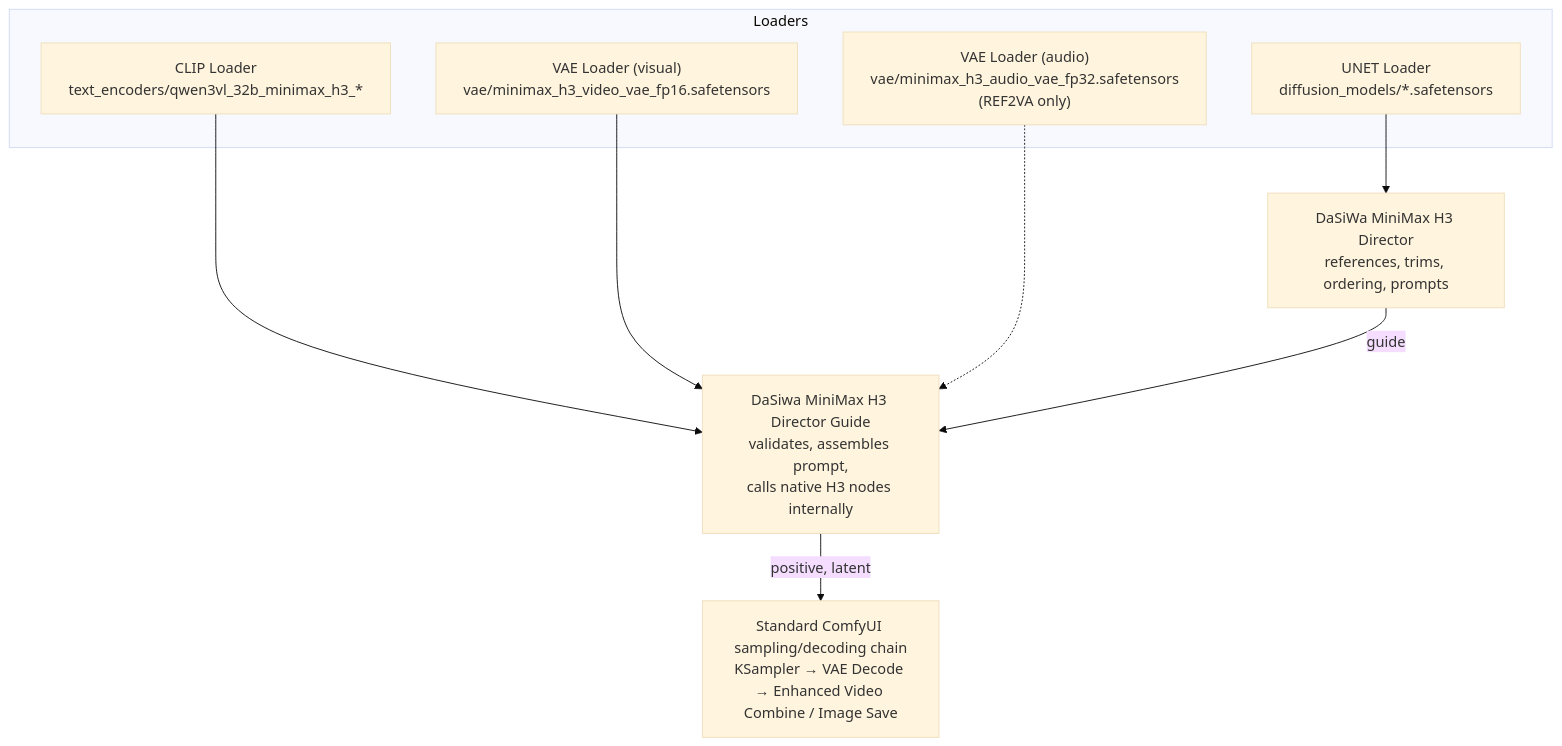
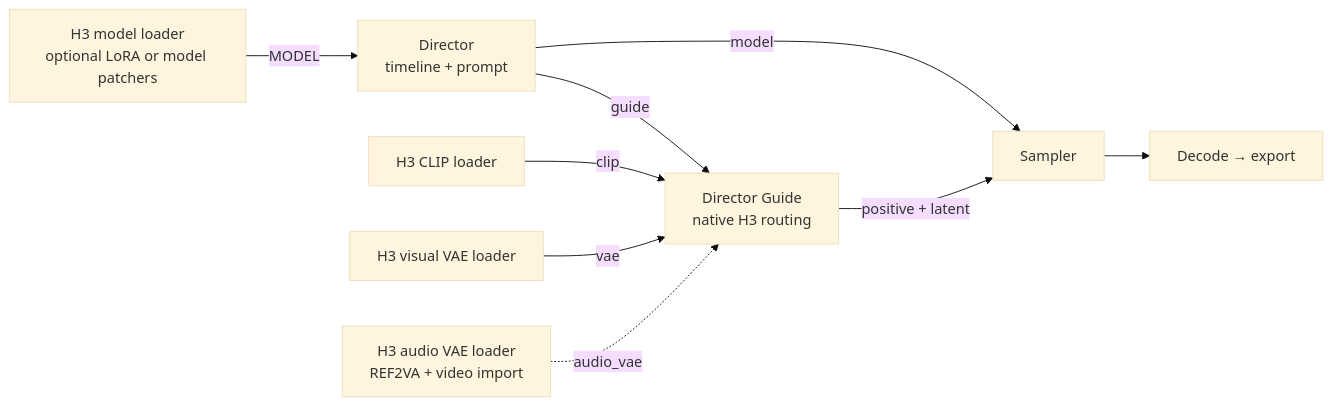
One commit to brace-great/ComfyUI-DaSiWa-Nodes changed the first of 3 diagrams in docs/minimax_h3_director.md. Above: the diagram before and after it, drawn with Mermaid (base theme). The commit also changed other lines of this file and 2 other files, not shown here.

Commit message:
docs(h3): simplify Director and continuity guides

````diff
--- a/docs/minimax_h3_director.md
+++ b/docs/minimax_h3_director.md
@@ -54,20 +14,11 @@
 ```mermaid
-flowchart TB
-    subgraph loaders[Loaders]
-        UNET["UNET Loader<br>diffusion_models/*.safetensors"]
-        CLIP["CLIP Loader<br>text_encoders/qwen3vl_32b_minimax_h3_*"]
-        VAE_V["VAE Loader (visual)<br>vae/minimax_h3_video_vae_fp16.safetensors"]
-        VAE_A["VAE Loader (audio)<br>vae/minimax_h3_audio_vae_fp32.safetensors<br>(REF2VA only)"]
-    end
-
-    DIR[DaSiWa MiniMax H3 Director<br>references, trims, ordering, prompts]
-    GUIDE[DaSiwa MiniMax H3 Director Guide<br>validates, assembles prompt,<br>calls native H3 nodes internally]
-    CHAIN[Standard ComfyUI sampling/decoding chain<br>KSampler → VAE Decode → Enhanced Video Combine / Image Save]
-
-    UNET --> DIR
-    CLIP --> GUIDE
-    VAE_V --> GUIDE
-    VAE_A -.-> GUIDE
-    DIR -->|guide| GUIDE
-    GUIDE -->|positive, latent| CHAIN
+flowchart LR
+    M["H3 model loader<br>optional LoRA or model patchers"] -->|MODEL| D["Director<br>timeline + prompt"]
+    D -->|guide| G["Director Guide<br>native H3 routing"]
+    C["H3 CLIP loader"] -->|clip| G
+    V["H3 visual VAE loader"] -->|vae| G
+    A["H3 audio VAE loader<br>REF2VA + video import"] -.->|audio_vae| G
+    D -->|model| S["Sampler"]
+    G -->|positive + latent| S
+    S --> X["Decode → export"]
 ```
````
